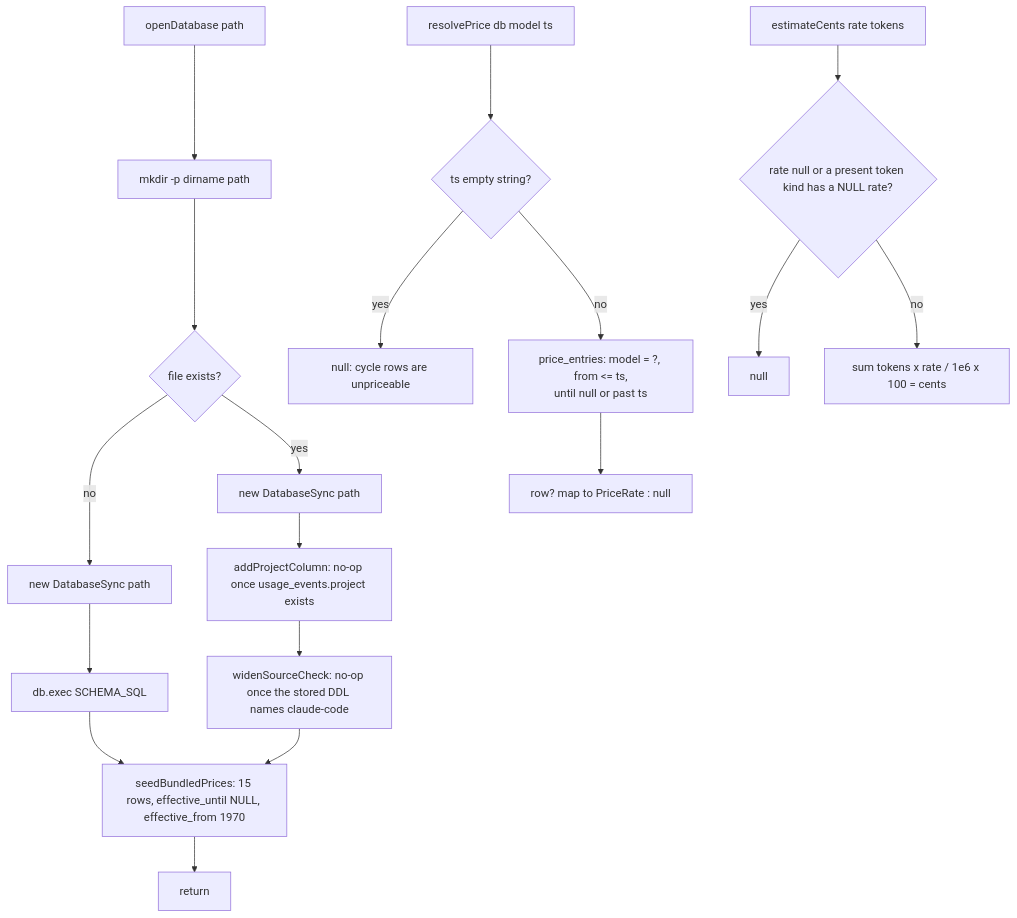
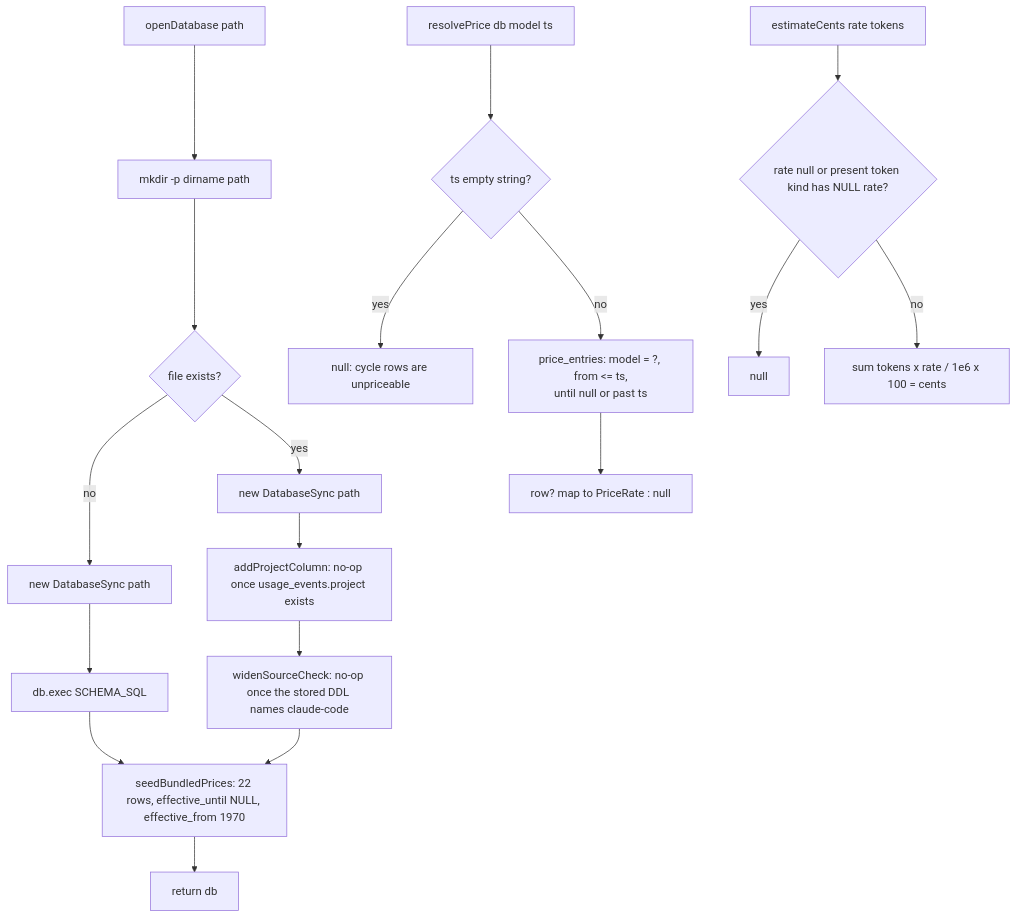
The diagram in docs/architecture/05-database.md (prajwal-hebbar-07/prompt-burn), drawn with Mermaid before and after one commit. The commit also changed other lines of this file and 22 other files, not shown here.

````diff
--- a/docs/architecture/05-database.md
+++ b/docs/architecture/05-database.md
@@ -59,20 +63,20 @@
 ```mermaid
 flowchart TD
     A[openDatabase path] --> B[mkdir -p dirname path]
     B --> C{file exists?}
     C -- no --> D[new DatabaseSync path]
     D --> E[db.exec SCHEMA_SQL]
-    E --> F[seedBundledPrices: 15 rows, effective_until NULL, effective_from 1970]
+    E --> F[seedBundledPrices: 22 rows, effective_until NULL, effective_from 1970]
     C -- yes --> D2[new DatabaseSync path]
     D2 --> M1[addProjectColumn: no-op once usage_events.project exists]
     M1 --> M2[widenSourceCheck: no-op once the stored DDL names claude-code]
     M2 --> F
-    F --> G[return]
+    F --> G[return db]
     H[resolvePrice db model ts] --> I{ts empty string?}
     I -- yes --> J[null: cycle rows are unpriceable]
-    I -- no --> K[price_entries: model = ?, from &lt;= ts,<br>until null or past ts]
+    I -- no --> K[price_entries: model = ?, from <= ts,<br>until null or past ts]
     K --> L[row? map to PriceRate : null]
-    M[estimateCents rate tokens] --> N{rate null or a present token kind has a NULL rate?}
+    M[estimateCents rate tokens] --> N{rate null or present token kind has NULL rate?}
     N -- yes --> O[null]
     N -- no --> P[sum tokens x rate / 1e6 x 100 = cents]
 ```
````
